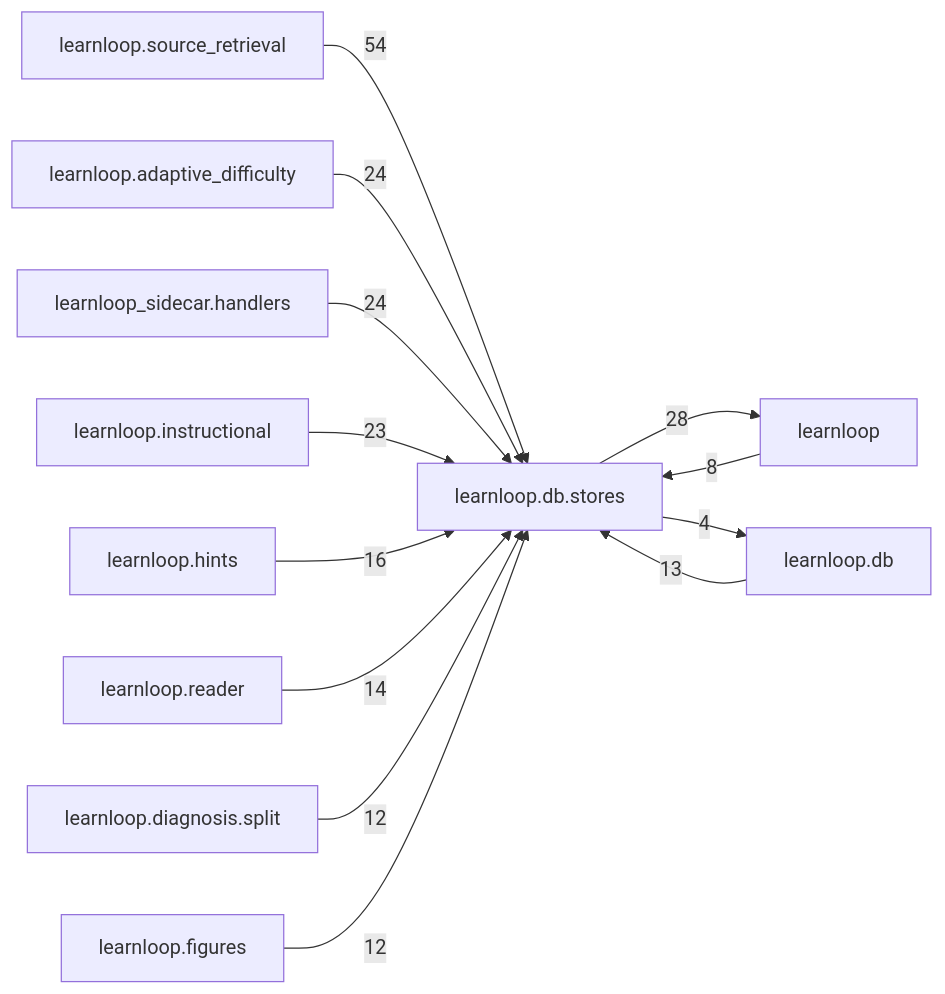
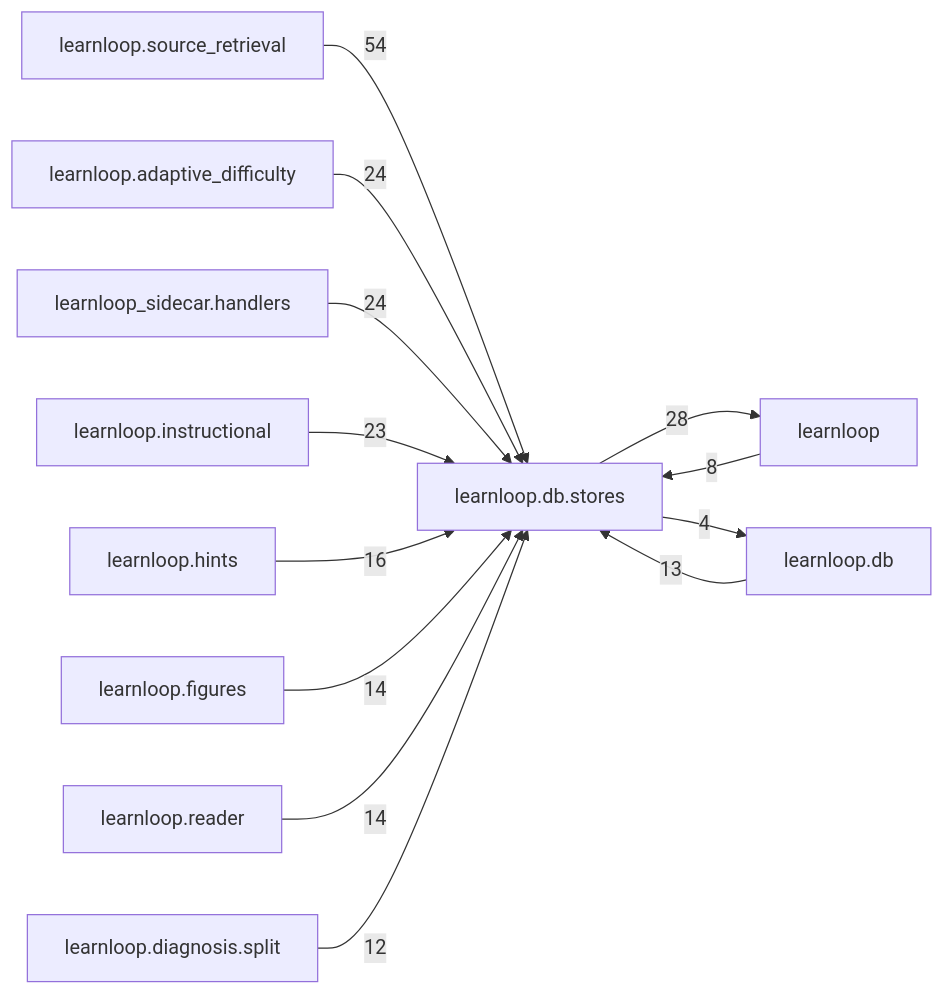
Before and after one commit to 6up-b/learnanything: the diagram in docs/learnloop-architecture-vault/Reference/Modules/learnloop/db/stores/_package.md, drawn with Mermaid. The commit also changed other lines of this file and 536 other files, not shown here.

````diff
--- a/docs/learnloop-architecture-vault/Reference/Modules/learnloop/db/stores/_package.md
+++ b/docs/learnloop-architecture-vault/Reference/Modules/learnloop/db/stores/_package.md
@@ -206,26 +206,26 @@
 ```mermaid
 flowchart LR
     center["learnloop.db.stores"]
     n_learnloop_source_retrieval["learnloop.source_retrieval"]
     n_learnloop["learnloop"]
     n_learnloop_adaptive_difficulty["learnloop.adaptive_difficulty"]
     n_learnloop_sidecar_handlers["learnloop_sidecar.handlers"]
     n_learnloop_instructional["learnloop.instructional"]
     n_learnloop_db["learnloop.db"]
     n_learnloop_hints["learnloop.hints"]
+    n_learnloop_figures["learnloop.figures"]
     n_learnloop_reader["learnloop.reader"]
     n_learnloop_diagnosis_split["learnloop.diagnosis.split"]
-    n_learnloop_figures["learnloop.figures"]
     n_learnloop_source_retrieval -->|54| center
     n_learnloop -->|8| center
     center -->|28| n_learnloop
     n_learnloop_adaptive_difficulty -->|24| center
     n_learnloop_sidecar_handlers -->|24| center
     n_learnloop_instructional -->|23| center
     n_learnloop_db -->|13| center
     center -->|4| n_learnloop_db
     n_learnloop_hints -->|16| center
+    n_learnloop_figures -->|14| center
     n_learnloop_reader -->|14| center
     n_learnloop_diagnosis_split -->|12| center
-    n_learnloop_figures -->|12| center
 ```
````
